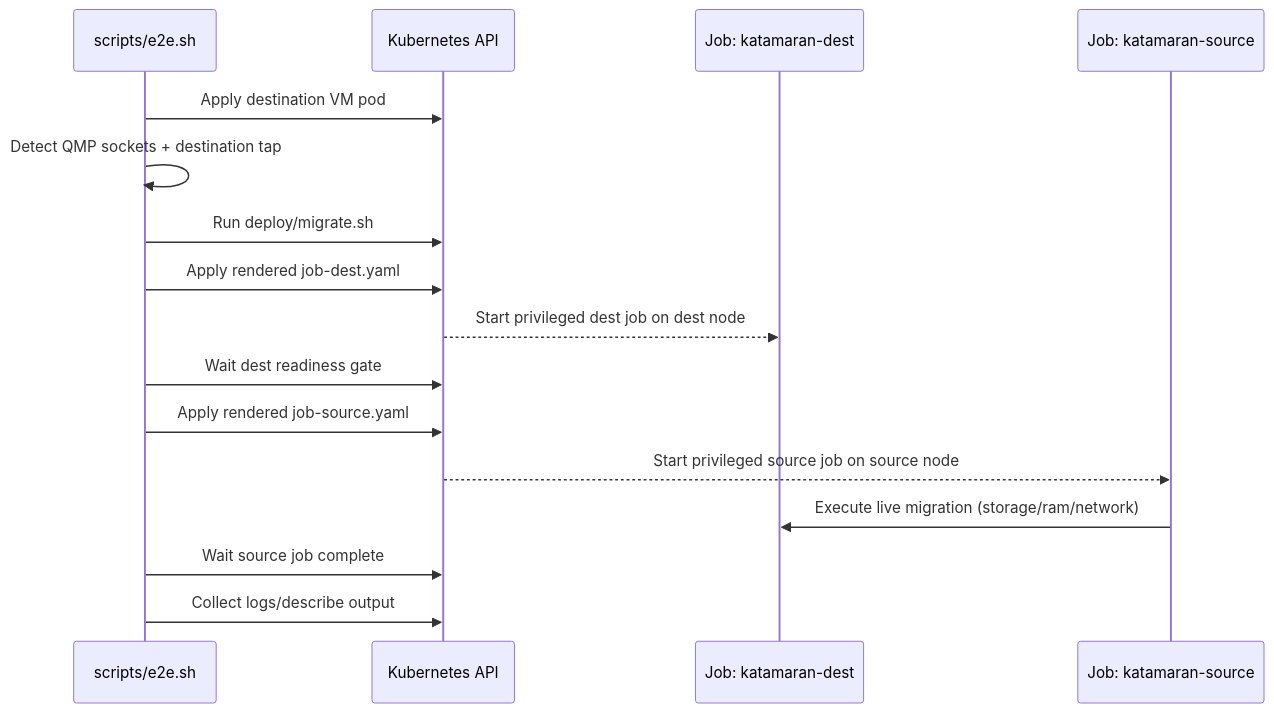
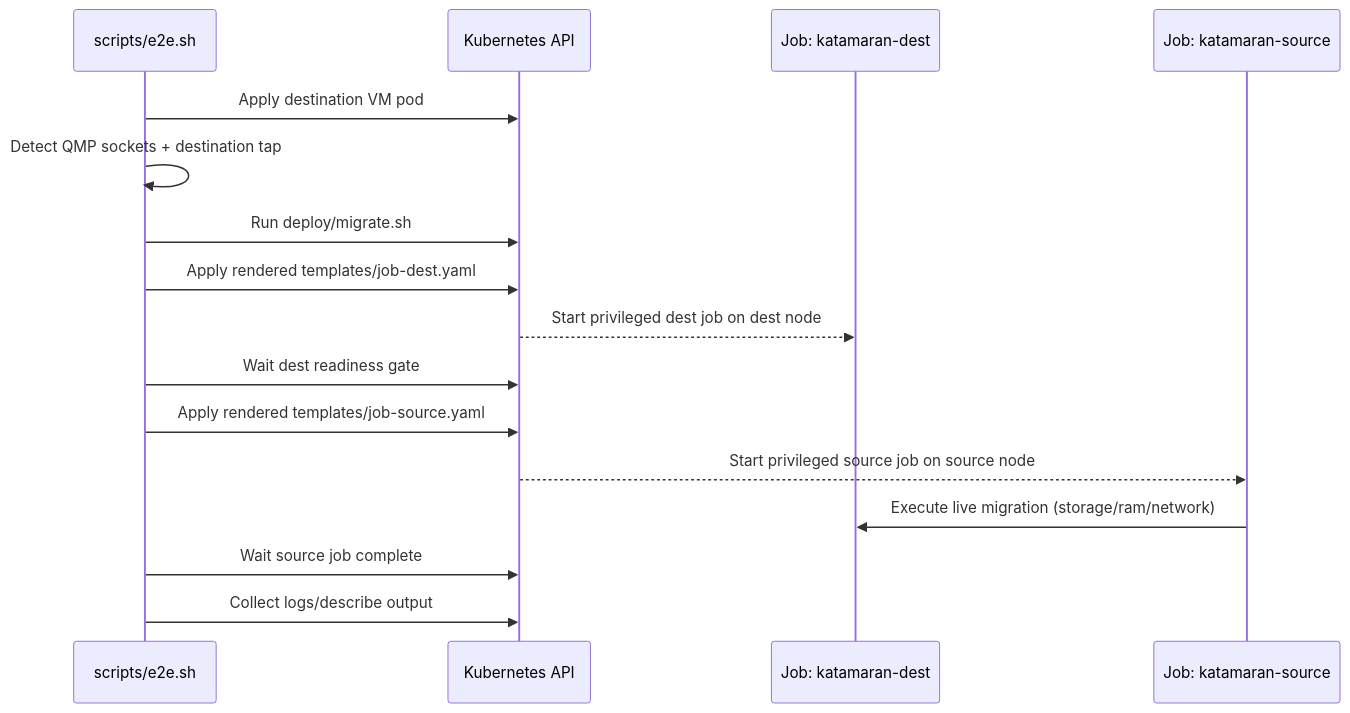
One commit to maci0/katamaran changed the third of 3 diagrams in docs/TESTING.md. Above: the diagram before and after it, drawn with Mermaid. The commit also changed other lines of this file and 4 other files, not shown here.

````diff
--- a/docs/TESTING.md
+++ b/docs/TESTING.md
@@ -1036,19 +1036,19 @@
 ```mermaid
 sequenceDiagram
     participant T as scripts/e2e.sh
     participant K as Kubernetes API
     participant D as Job: katamaran-dest
     participant S as Job: katamaran-source
 
     T->>K: Apply destination VM pod
     T->>T: Detect QMP sockets + destination tap
     T->>K: Run deploy/migrate.sh
-    T->>K: Apply rendered job-dest.yaml
+    T->>K: Apply rendered templates/job-dest.yaml
     K-->>D: Start privileged dest job on dest node
     T->>K: Wait dest readiness gate
-    T->>K: Apply rendered job-source.yaml
+    T->>K: Apply rendered templates/job-source.yaml
     K-->>S: Start privileged source job on source node
     S->>D: Execute live migration (storage/ram/network)
     T->>K: Wait source job complete
     T->>K: Collect logs/describe output
 ```
````
